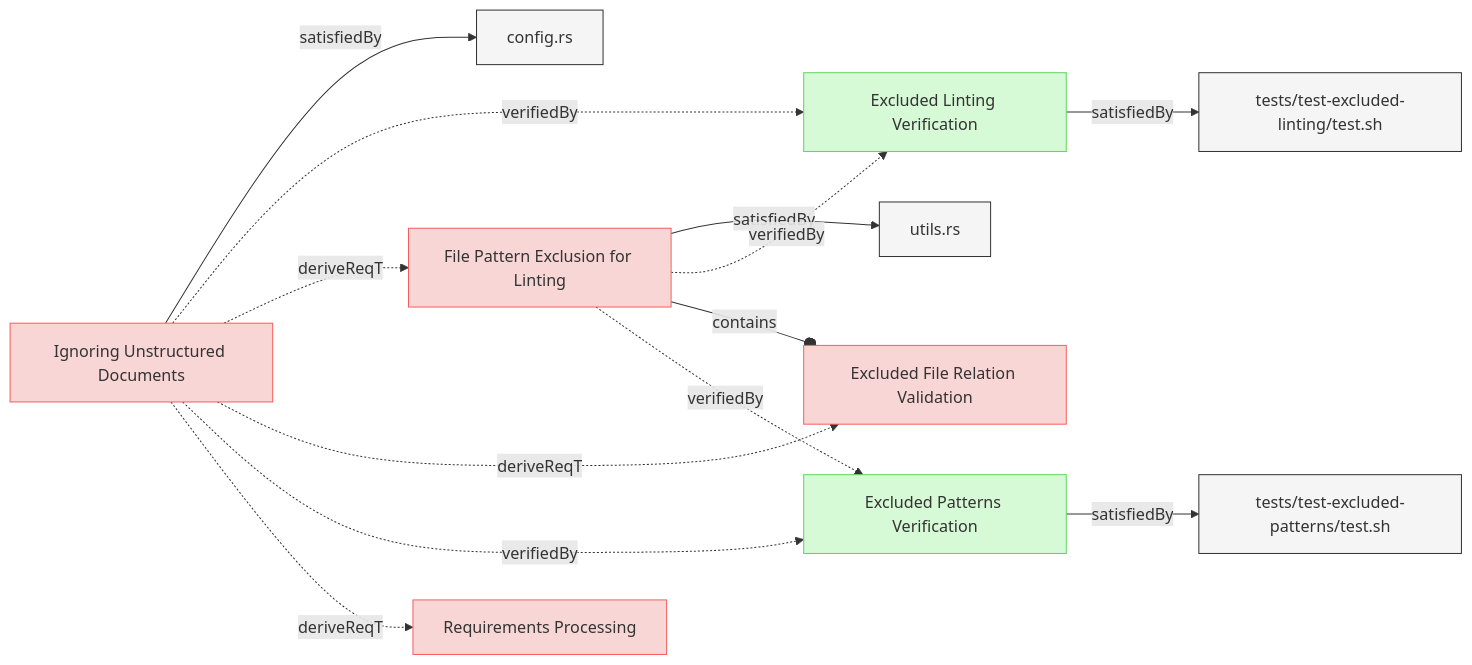
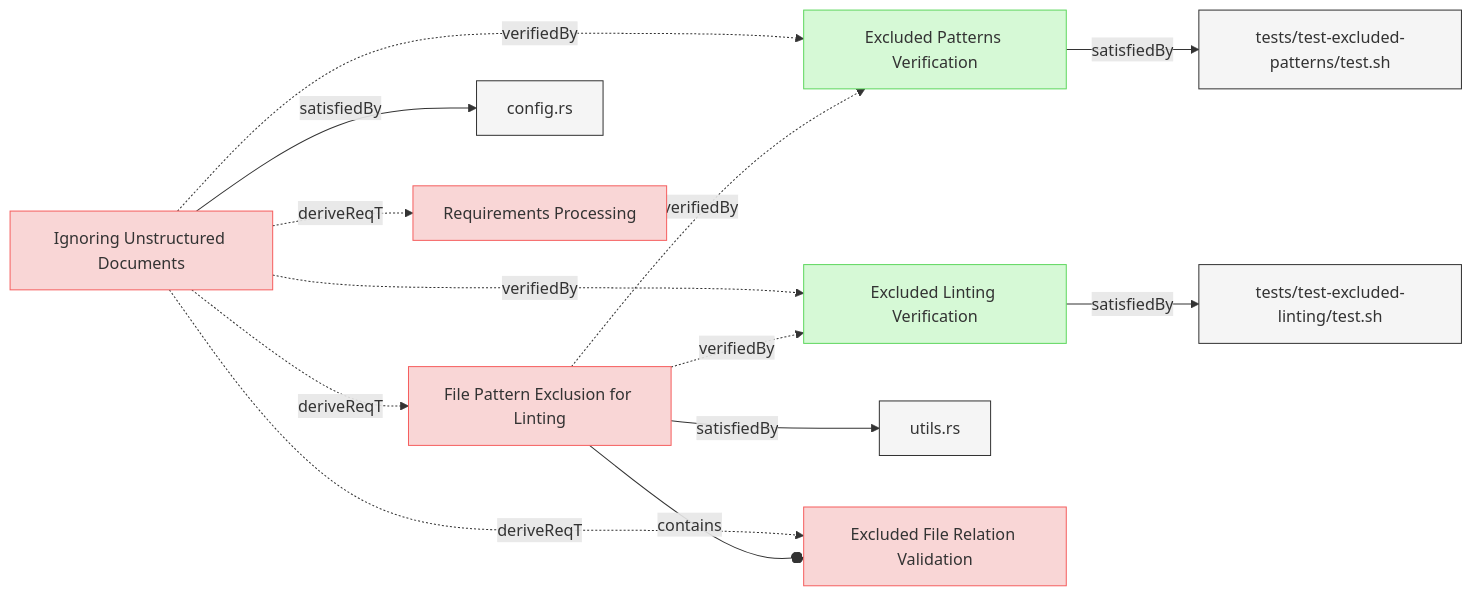
Before and after one commit to reqvire-org/reqvire: the third of 3 diagrams in specifications/Verifications/LintingTests.md, drawn with Mermaid. The commit also changed other lines of this file and 15 other files, not shown here.

First line of the commit message:
docs: Update auto-generated diagrams with new requirement traceability

````diff
--- a/specifications/Verifications/LintingTests.md
+++ b/specifications/Verifications/LintingTests.md
@@ -267,51 +269,52 @@
 ```mermaid
 graph LR;
+  %% REQVIRE-AUTOGENERATED-DIAGRAM
   %% Graph styling
   classDef requirement fill:#f9d6d6,stroke:#f55f5f,stroke-width:1px;
   classDef verification fill:#d6f9d6,stroke:#5fd75f,stroke-width:1px;
   classDef externalLink fill:#d0e0ff,stroke:#3080ff,stroke-width:1px;
   classDef default fill:#f5f5f5,stroke:#333333,stroke-width:1px;
 
+  590a4cc1c558992f["Excluded Patterns Verification"];
+  class 590a4cc1c558992f verification;
+  click 590a4cc1c558992f "LintingTests.md#excluded-patterns-verification";
+  a29e69e90fa71f39["tests/test-excluded-patterns/test.sh"];
+  class a29e69e90fa71f39 default;
+  click a29e69e90fa71f39 "../../tests/test-excluded-patterns/test.sh";
+  590a4cc1c558992f -->|satisfiedBy| a29e69e90fa71f39;
   71b5a1d5e278aa8e["Excluded Linting Verification"];
   class 71b5a1d5e278aa8e verification;
   click 71b5a1d5e278aa8e "LintingTests.md#excluded-linting-verification";
   de8bc63ebb2a09e7["tests/test-excluded-linting/test.sh"];
   class de8bc63ebb2a09e7 default;
   click de8bc63ebb2a09e7 "../../tests/test-excluded-linting/test.sh";
   71b5a1d5e278aa8e -->|satisfiedBy| de8bc63ebb2a09e7;
-  590a4cc1c558992f["Excluded Patterns Verification"];
-  class 590a4cc1c558992f verification;
-  click 590a4cc1c558992f "LintingTests.md#excluded-patterns-verification";
-  a29e69e90fa71f39["tests/test-excluded-patterns/test.sh"];
-  class a29e69e90fa71f39 default;
-  click a29e69e90fa71f39 "../../tests/test-excluded-patterns/test.sh";
-  590a4cc1c558992f -->|satisfiedBy| a29e69e90fa71f39;
+  bef37c31db69b66a["File Pattern Exclusion for Linting"];
+  class bef37c31db69b66a requirement;
+  click bef37c31db69b66a "../SystemRequirements/Requirements.md#file-pattern-exclusion-for-linting";
+  ce2625feec883e55["utils.rs"];
+  class ce2625feec883e55 default;
+  click ce2625feec883e55 "../../core/src/utils.rs";
+  bef37c31db69b66a -->|satisfiedBy| ce2625feec883e55;
+  bef37c31db69b66a -.->|verifiedBy| 590a4cc1c558992f;
+  bef37c31db69b66a -.->|verifiedBy| 71b5a1d5e278aa8e;
+  929c6c204cb3fedb["Excluded File Relation Validation"];
+  class 929c6c204cb3fedb requirement;
+  click 929c6c204cb3fedb "../SystemRequirements/Requirements.md#excluded-file-relation-validation";
+  bef37c31db69b66a --o|contains| 929c6c204cb3fedb;
   be83c2991e9535c7["Ignoring Unstructured Documents"];
   class be83c2991e9535c7 requirement;
   click be83c2991e9535c7 "../SystemRequirements/Requirements.md#ignoring-unstructured-documents";
   8419dcc77d92b609["config.rs"];
   class 8419dcc77d92b609 default;
   click 8419dcc77d92b609 "../../cli/src/config.rs";
   be83c2991e9535c7 -->|satisfiedBy| 8419dcc77d92b609;
+  be83c2991e9535c7 -.->|deriveReqT| bef37c31db69b66a;
+  be83c2991e9535c7 -.->|verifiedBy| 590a4cc1c558992f;
   be83c2991e9535c7 -.->|verifiedBy| 71b5a1d5e278aa8e;
-  bef37c31db69b66a["File Pattern Exclusion for Linting"];
-  class bef37c31db69b66a requirement;
-  click bef37c31db69b66a "../SystemRequirements/Requirements.md#file-pattern-exclusion-for-linting";
-  be83c2991e9535c7 -.->|deriveReqT| bef37c31db69b66a;
-  929c6c204cb3fedb["Excluded File Relation Validation"];
-  class 929c6c204cb3fedb requirement;
-  click 929c6c204cb3fedb "../SystemRequirements/Requirements.md#excluded-file-relation-validation";
-  be83c2991e9535c7 -.->|deriveReqT| 929c6c204cb3fedb;
-  be83c2991e9535c7 -.->|verifiedBy| 590a4cc1c558992f;
   bed8d0948b3e5ccd["Requirements Processing"];
   class bed8d0948b3e5ccd requirement;
   click bed8d0948b3e5ccd "../SystemRequirements/Requirements.md#requirements-processing";
   be83c2991e9535c7 -.->|deriveReqT| bed8d0948b3e5ccd;
-  ce2625feec883e55["utils.rs"];
-  class ce2625feec883e55 default;
-  click ce2625feec883e55 "../../core/src/utils.rs";
-  bef37c31db69b66a -->|satisfiedBy| ce2625feec883e55;
-  bef37c31db69b66a -.->|verifiedBy| 71b5a1d5e278aa8e;
-  bef37c31db69b66a --o|contains| 929c6c204cb3fedb;
-  bef37c31db69b66a -.->|verifiedBy| 590a4cc1c558992f;
+  be83c2991e9535c7 -.->|deriveReqT| 929c6c204cb3fedb;
 ```
````
